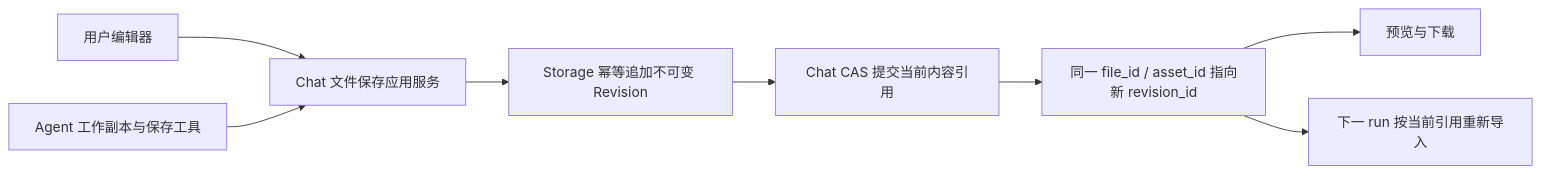
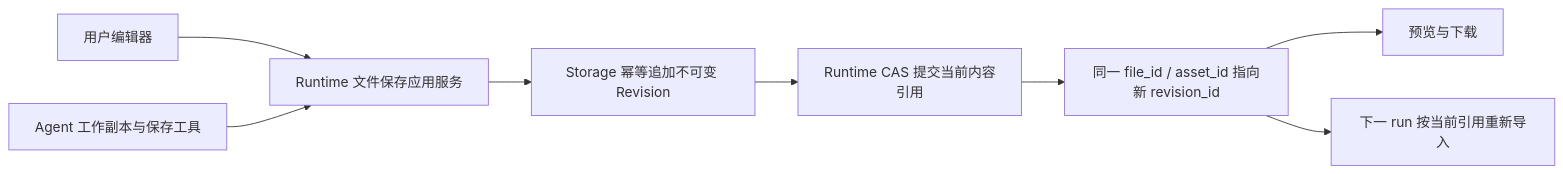
One commit to baymaxLeee/monorepo changed the diagram in docs/ADR/editable-conversation-files.md. Above: the diagram before and after it, drawn with Mermaid. The commit also changed other lines of this file and 500 other files, not shown here.

````diff
--- a/docs/ADR/editable-conversation-files.md
+++ b/docs/ADR/editable-conversation-files.md
@@ -29,10 +29,10 @@
 ```mermaid
 flowchart LR
-    U[用户编辑器] --> S[Chat 文件保存应用服务]
+    U[用户编辑器] --> S[Runtime 文件保存应用服务]
     A[Agent 工作副本与保存工具] --> S
     S --> R[Storage 幂等追加不可变 Revision]
-    R --> C[Chat CAS 提交当前内容引用]
+    R --> C[Runtime CAS 提交当前内容引用]
     C --> F[同一 file_id / asset_id 指向新 revision_id]
     F --> P[预览与下载]
     F --> N[下一 run 按当前引用重新导入]
 ```
````
